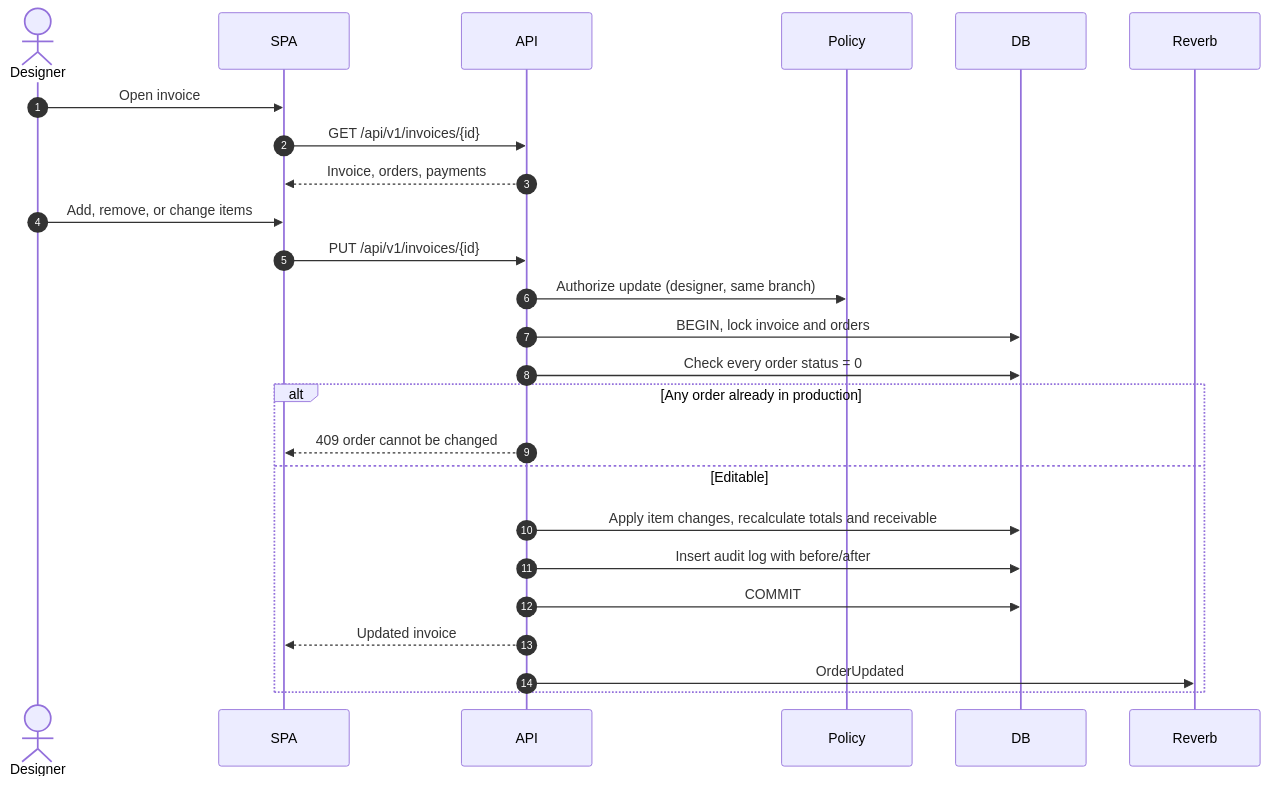
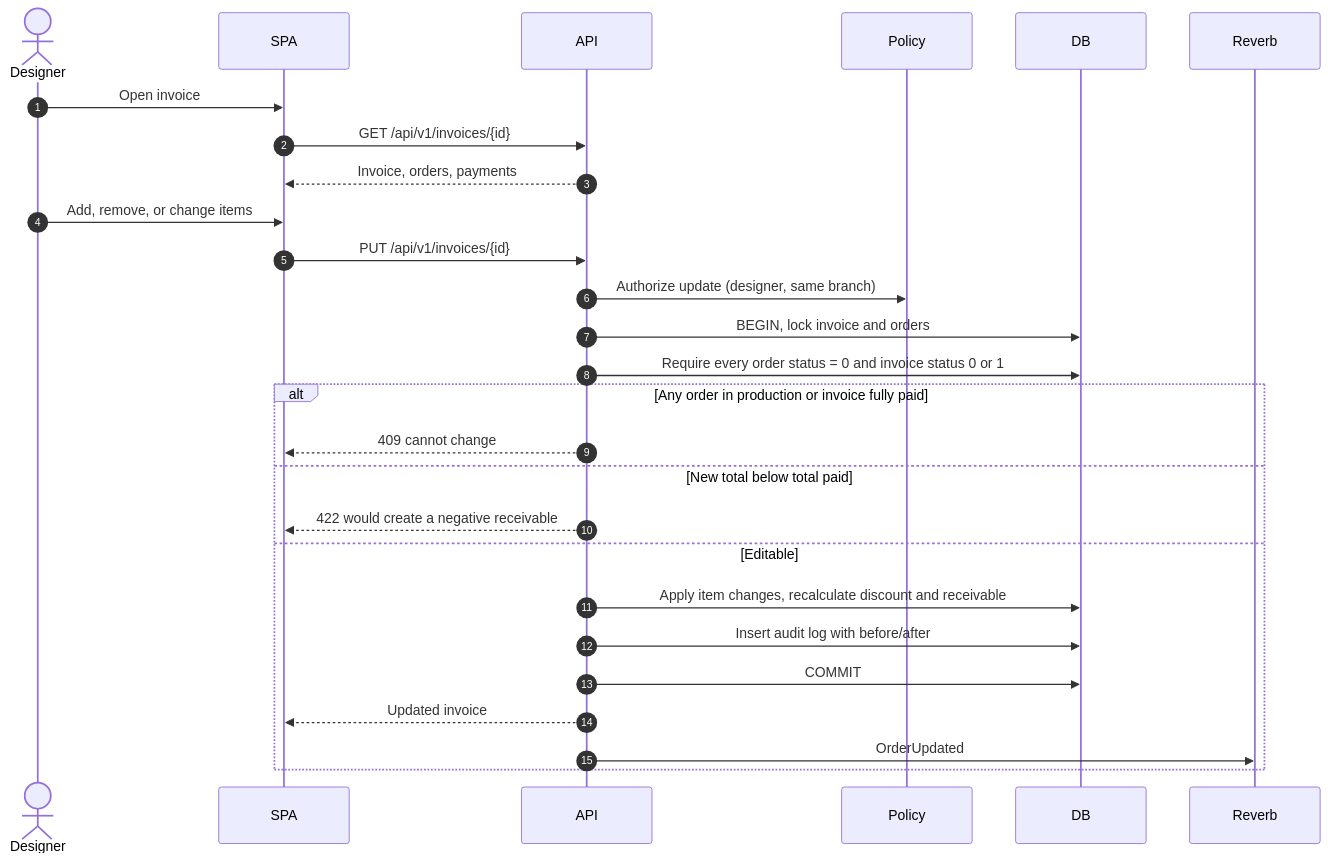
The sixth of 21 diagrams in docs/architecture/sequence-diagrams.md (Arukast/pos_alja), drawn with Mermaid before and after one commit. The commit also changed other lines of this file and 17 other files, not shown here.

````diff
--- a/docs/architecture/sequence-diagrams.md
+++ b/docs/architecture/sequence-diagrams.md
@@ -141,28 +143,30 @@
 ```mermaid
 sequenceDiagram
     autonumber
     actor D as Designer
     participant SPA
     participant API
     participant Policy
     participant DB
     participant R as Reverb
 
     D->>SPA: Open invoice
     SPA->>API: GET /api/v1/invoices/{id}
     API-->>SPA: Invoice, orders, payments
     D->>SPA: Add, remove, or change items
     SPA->>API: PUT /api/v1/invoices/{id}
     API->>Policy: Authorize update (designer, same branch)
     API->>DB: BEGIN, lock invoice and orders
-    API->>DB: Check every order status = 0
-    alt Any order already in production
-        API-->>SPA: 409 order cannot be changed
+    API->>DB: Require every order status = 0 and invoice status 0 or 1
+    alt Any order in production or invoice fully paid
+        API-->>SPA: 409 cannot change
+    else New total below total paid
+        API-->>SPA: 422 would create a negative receivable
     else Editable
-        API->>DB: Apply item changes, recalculate totals and receivable
+        API->>DB: Apply item changes, recalculate discount and receivable
         API->>DB: Insert audit log with before/after
         API->>DB: COMMIT
         API-->>SPA: Updated invoice
         API->>R: OrderUpdated
     end
 ```
````
